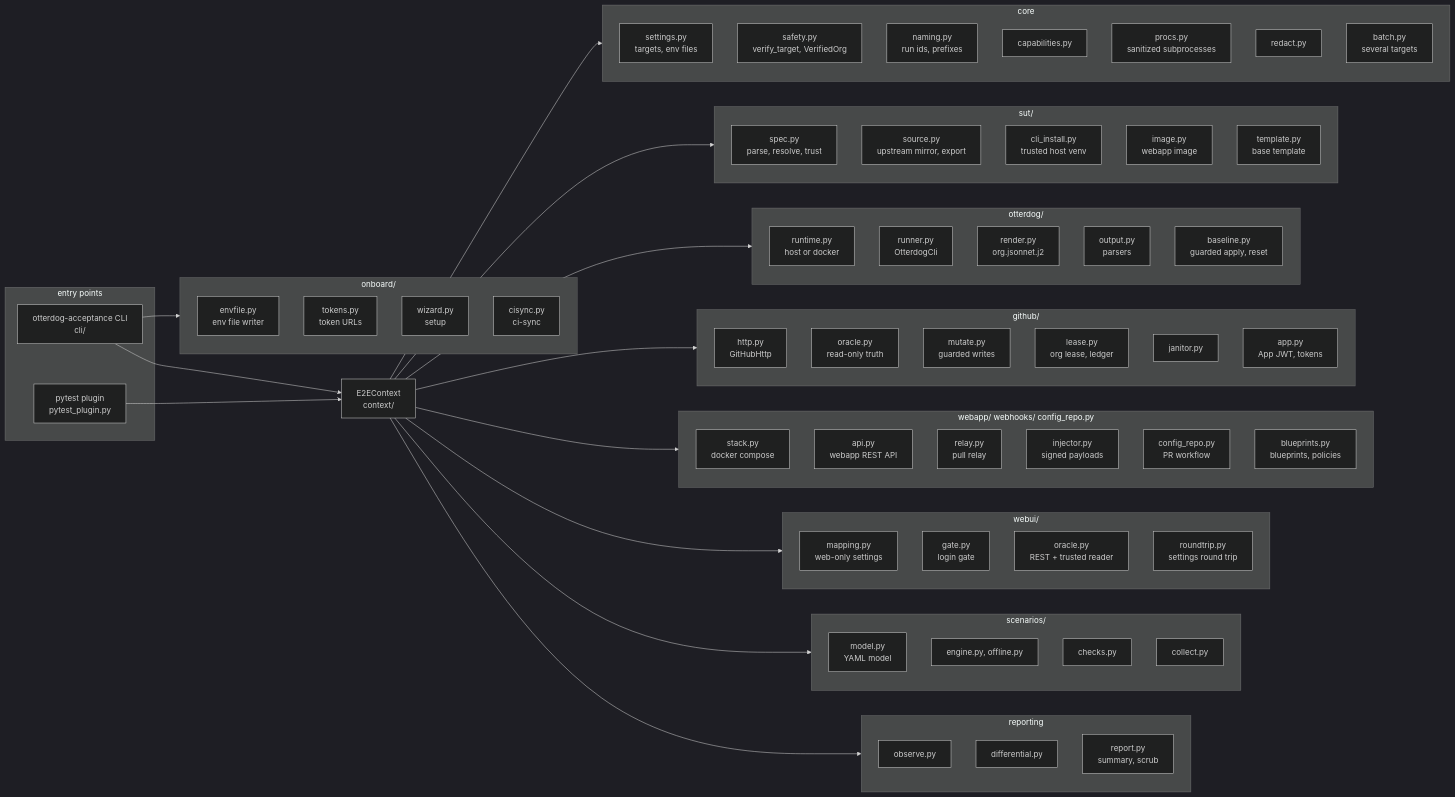
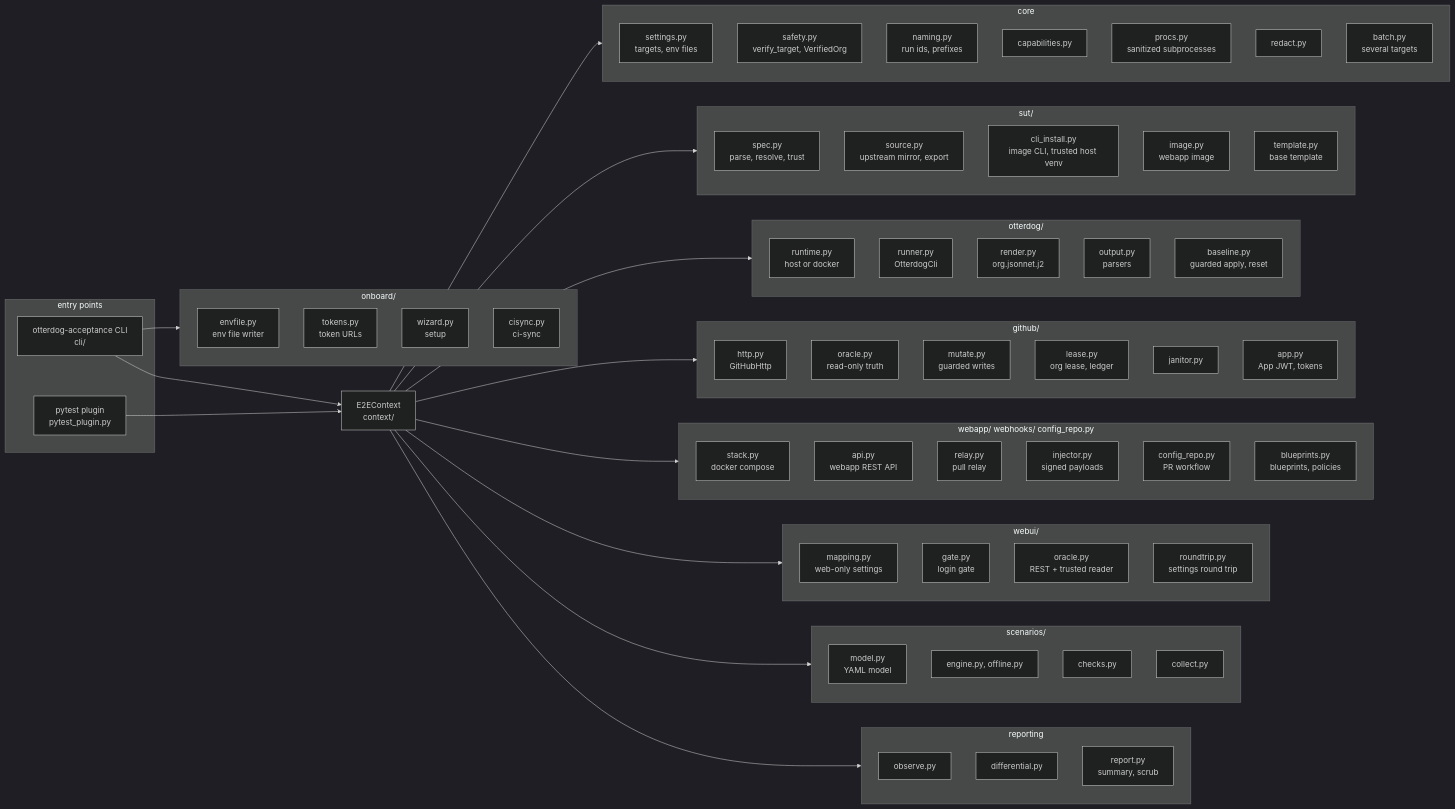
The first of 5 diagrams in docs/architecture.md (heurtematte/otterdog-e2e), drawn with Mermaid (dark theme) before and after one commit. The commit also changed other lines of this file and 23 other files, not shown here.

First line of the commit message:
feat: run every otterdog CLI in the docker image of its SUT (E2E_CLI_RUNTIME)

````diff
--- a/docs/architecture.md
+++ b/docs/architecture.md
@@ -34,75 +34,75 @@
 ```mermaid
 flowchart LR
   subgraph entry["entry points"]
     CLI["otterdog-acceptance CLI<br/>cli/"]
     PLUGIN["pytest plugin<br/>pytest_plugin.py"]
   end
   CTX["E2EContext<br/>context/"]
   CLI --> CTX
   PLUGIN --> CTX
 
   subgraph core["core"]
     SET["settings.py<br/>targets, env files"]
     SAFE["safety.py<br/>verify_target, VerifiedOrg"]
     NAME["naming.py<br/>run ids, prefixes"]
     CAPS["capabilities.py"]
     PROCS["procs.py<br/>sanitized subprocesses"]
     RED["redact.py"]
     BATCH["batch.py<br/>several targets"]
   end
   subgraph onb["onboard/"]
     ENVF["envfile.py<br/>env file writer"]
     TOK["tokens.py<br/>token URLs"]
     WIZ["wizard.py<br/>setup"]
     CIS["cisync.py<br/>ci-sync"]
   end
   CLI --> onb
   subgraph sut["sut/"]
     SPEC["spec.py<br/>parse, resolve, trust"]
     SRC["source.py<br/>upstream mirror, export"]
-    INST["cli_install.py<br/>trusted host venv"]
+    INST["cli_install.py<br/>image CLI, trusted host venv"]
     IMG["image.py<br/>webapp image"]
     TPL["template.py<br/>base template"]
   end
   subgraph od["otterdog/"]
     RT["runtime.py<br/>host or docker"]
     RUN["runner.py<br/>OtterdogCli"]
     REN["render.py<br/>org.jsonnet.j2"]
     OUT["output.py<br/>parsers"]
     BASE["baseline.py<br/>guarded apply, reset"]
   end
   subgraph gh["github/"]
     HTTP["http.py<br/>GitHubHttp"]
     ORA["oracle.py<br/>read-only truth"]
     MUT["mutate.py<br/>guarded writes"]
     LEASE["lease.py<br/>org lease, ledger"]
     JAN["janitor.py"]
     APP["app.py<br/>App JWT, tokens"]
   end
   subgraph web["webapp/ webhooks/ config_repo.py"]
     STACK["stack.py<br/>docker compose"]
     API["api.py<br/>webapp REST API"]
     RELAY["relay.py<br/>pull relay"]
     INJ["injector.py<br/>signed payloads"]
     FLOW["config_repo.py<br/>PR workflow"]
     BP["blueprints.py<br/>blueprints, policies"]
   end
   subgraph wui["webui/"]
     WMAP["mapping.py<br/>web-only settings"]
     GATE["gate.py<br/>login gate"]
     WORA["oracle.py<br/>REST + trusted reader"]
     TRIP["roundtrip.py<br/>settings round trip"]
   end
   subgraph sc["scenarios/"]
     MODEL["model.py<br/>YAML model"]
     ENG["engine.py, offline.py"]
     CHK["checks.py"]
     COLL["collect.py"]
   end
   subgraph rep["reporting"]
     OBS["observe.py"]
     DIFF["differential.py"]
     REPORT["report.py<br/>summary, scrub"]
   end
   CTX --> core & sut & od & gh & web & wui & sc & rep
 ```
````
